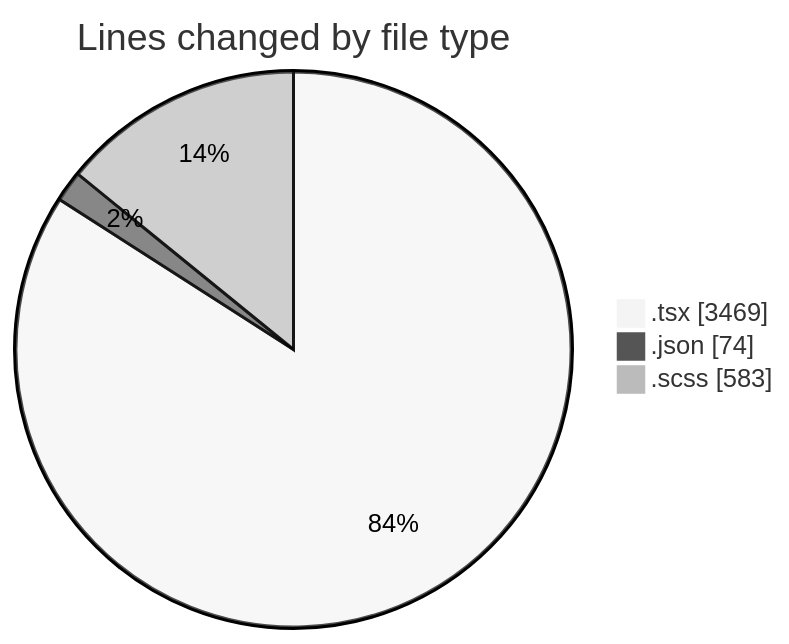
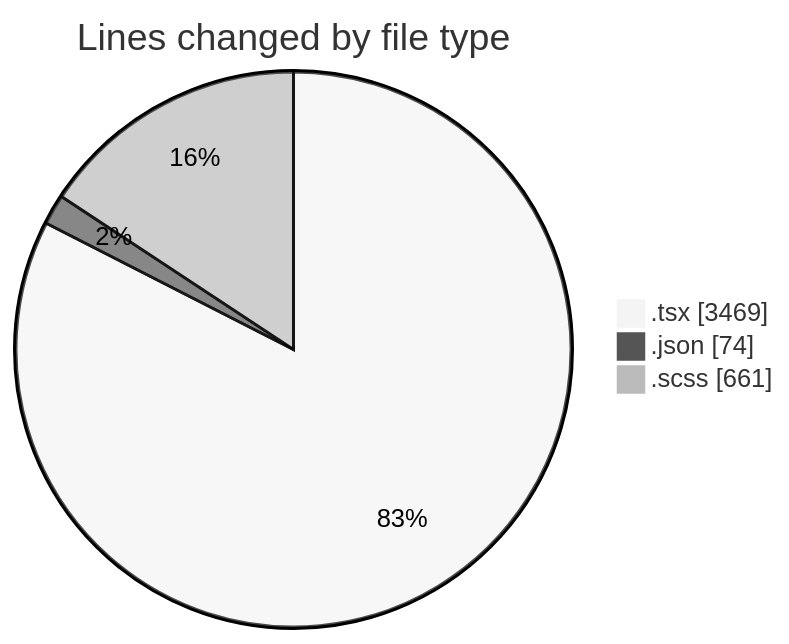
One commit to momahboobian/code-tracking changed the first of 2 diagrams in 2025-04-08/cda/README.md. Above: the diagram before and after it, drawn with Mermaid (neutral theme). The commit also changed other lines of this file and 1 other file, not shown here.

````diff
--- a/2025-04-08/cda/README.md
+++ b/2025-04-08/cda/README.md
@@ -32,7 +32,7 @@
 ```mermaid
 pie showData
 title Lines changed by file type
 ".tsx" : 3469
 ".json" : 74
-".scss" : 583
+".scss" : 661
 ```
````
